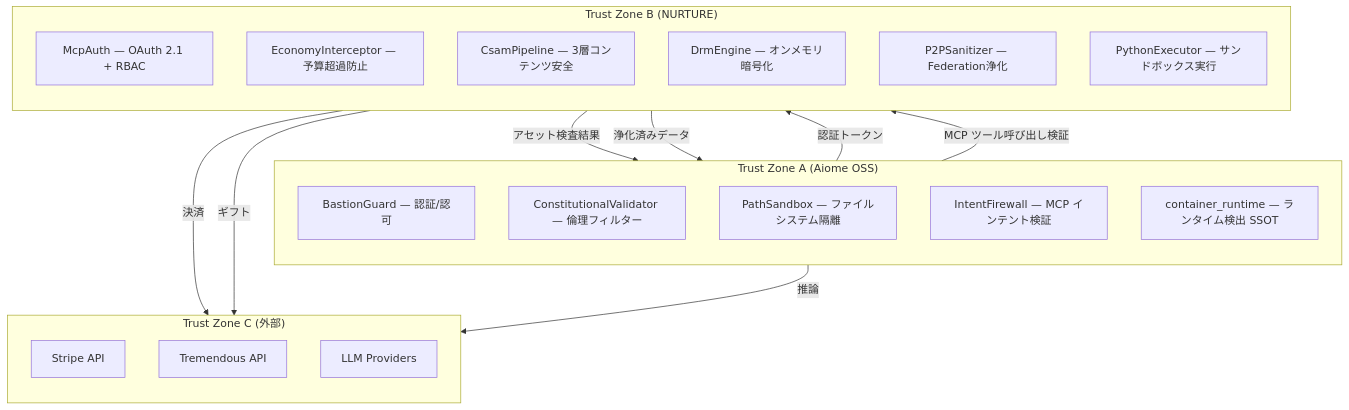
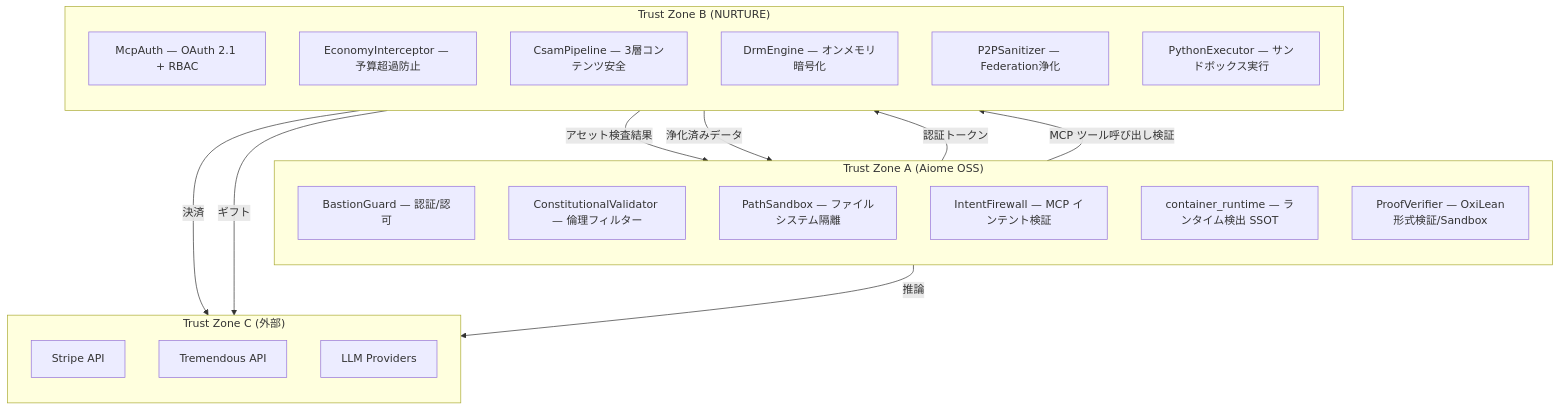
One commit to for4xex-droid/modular-open-claw changed the tenth of 11 diagrams in docs/architecture/AIOME_NURTURE_SYNERGY.md. Above: the diagram before and after it, drawn with Mermaid. The commit also changed other lines of this file and 935 other files, not shown here.

Commit message:
chore(docs): sync ARCHITECTURE.md timestamp

````diff
--- a/docs/architecture/AIOME_NURTURE_SYNERGY.md
+++ b/docs/architecture/AIOME_NURTURE_SYNERGY.md
@@ -680,37 +681,38 @@
 ```mermaid
 graph TB
     subgraph "Trust Zone A (Aiome OSS)"
         direction TB
         A1["BastionGuard — 認証/認可"]
         A2["ConstitutionalValidator — 倫理フィルター"]
         A3["PathSandbox — ファイルシステム隔離"]
         A4["IntentFirewall — MCP インテント検証"]
         A5["container_runtime — ランタイム検出 SSOT"]
+        A6["ProofVerifier — OxiLean形式検証/Sandbox"]
     end
 
     subgraph "Trust Zone B (NURTURE)"
         direction TB
         B1["McpAuth — OAuth 2.1 + RBAC"]
         B2["EconomyInterceptor — 予算超過防止"]
         B3["CsamPipeline — 3層コンテンツ安全"]
         B4["DrmEngine — オンメモリ暗号化"]
         B5["P2PSanitizer — Federation浄化"]
         B6["PythonExecutor — サンドボックス実行"]
     end
 
     subgraph "Trust Zone C (外部)"
         direction TB
         C1["Stripe API"]
         C2["Tremendous API"]
         C3["LLM Providers"]
     end
 
     A1 -->|認証トークン| B1
     A4 -->|MCP ツール呼び出し検証| B2
     B3 -->|アセット検査結果| A3
     B5 -->|浄化済みデータ| A1
 
     B2 -->|決済| C1
     B2 -->|ギフト| C2
     A1 -->|推論| C3
 ```
````
